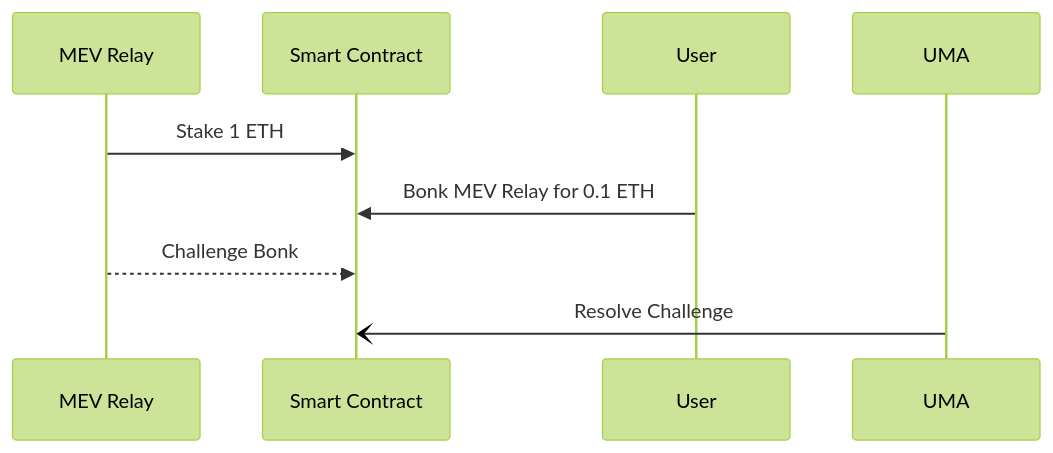
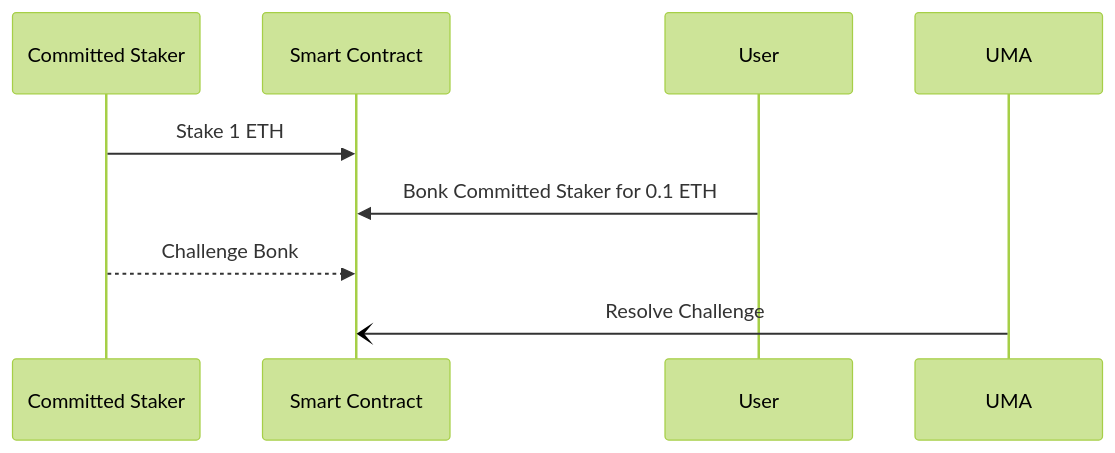
One commit to UMAprotocol/bonk changed the diagram in README.md. Above: the diagram before and after it, drawn with Mermaid (forest theme). The commit also changed other lines of this file and 1 other file, not shown here.

````diff
--- a/README.md
+++ b/README.md
@@ -31,7 +33,7 @@
 ```mermaid
 sequenceDiagram
-    MEV Relay->>Smart Contract: Stake 1 ETH
-    User->>Smart Contract: Bonk MEV Relay for 0.1 ETH
-    MEV Relay-->>Smart Contract: Challenge Bonk
+    Committed Staker->>Smart Contract: Stake 1 ETH
+    User->>Smart Contract: Bonk Committed Staker for 0.1 ETH
+    Committed Staker-->>Smart Contract: Challenge Bonk
     UMA-)Smart Contract: Resolve Challenge
 ```
````
